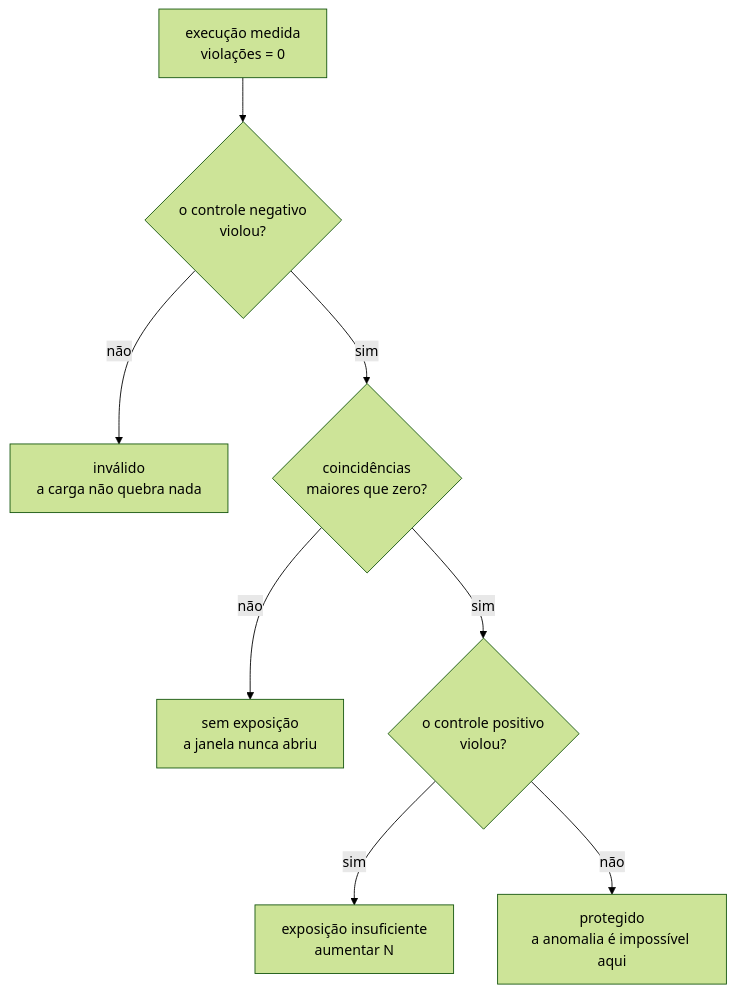
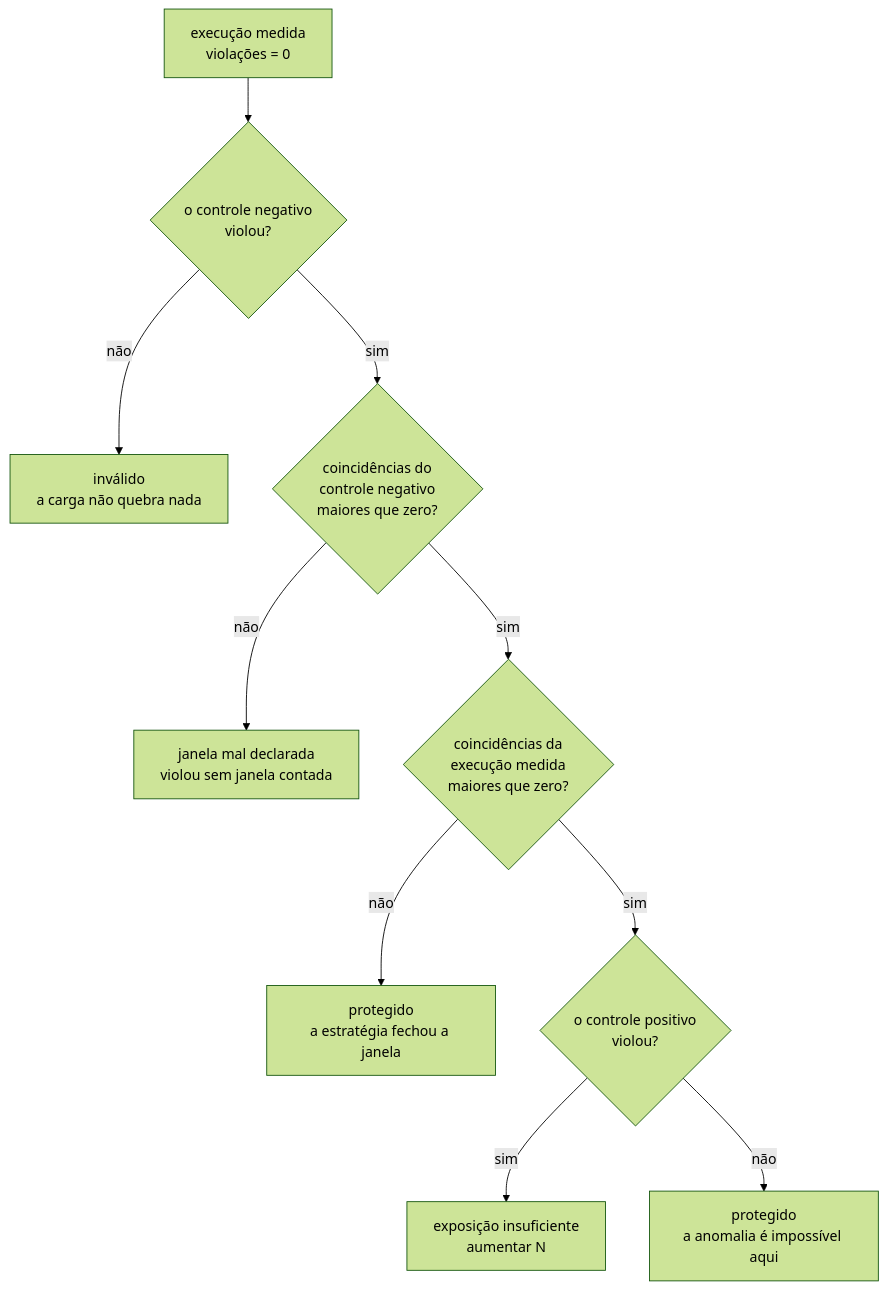
The third of 4 diagrams in docs/adr/0004-o-estatuto-da-barreira-e-o-diagnostico-da-nao-ocorrencia.md (da0hn/distributed-systems-experiment-lab), drawn with Mermaid (forest theme) before and after one commit. The commit also changed other lines of this file and 2 other files, not shown here.

````diff
--- a/docs/adr/0004-o-estatuto-da-barreira-e-o-diagnostico-da-nao-ocorrencia.md
+++ b/docs/adr/0004-o-estatuto-da-barreira-e-o-diagnostico-da-nao-ocorrencia.md
@@ -179,10 +233,12 @@
 ```mermaid
 flowchart TD
     Z["execução medida<br/>violações = 0"] --> CN{"o controle negativo<br/>violou?"}
     CN -->|" não "| INV["inválido<br/>a carga não quebra nada"]
-    CN -->|" sim "| CO{"coincidências<br/>maiores que zero?"}
-    CO -->|" não "| SE["sem exposição<br/>a janela nunca abriu"]
+    CN -->|" sim "| JD{"coincidências do<br/>controle negativo<br/>maiores que zero?"}
+    JD -->|" não "| JMD["janela mal declarada<br/>violou sem janela contada"]
+    JD -->|" sim "| CO{"coincidências da<br/>execução medida<br/>maiores que zero?"}
+    CO -->|" não "| PR1["protegido<br/>a estratégia fechou a janela"]
     CO -->|" sim "| CP{"o controle positivo<br/>violou?"}
     CP -->|" sim "| EI["exposição insuficiente<br/>aumentar N"]
-    CP -->|" não "| PR["protegido<br/>a anomalia é impossível aqui"]
+    CP -->|" não "| PR2["protegido<br/>a anomalia é impossível aqui"]
 ```
````
